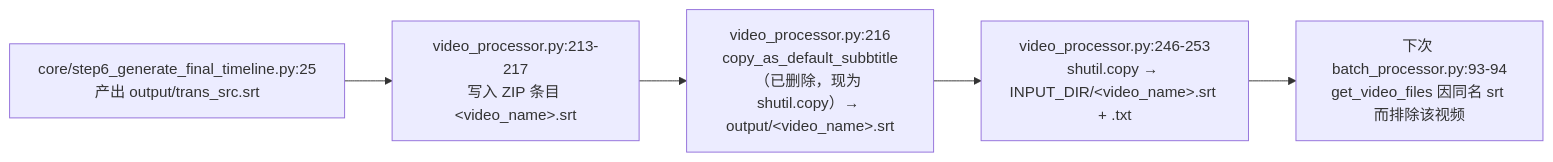
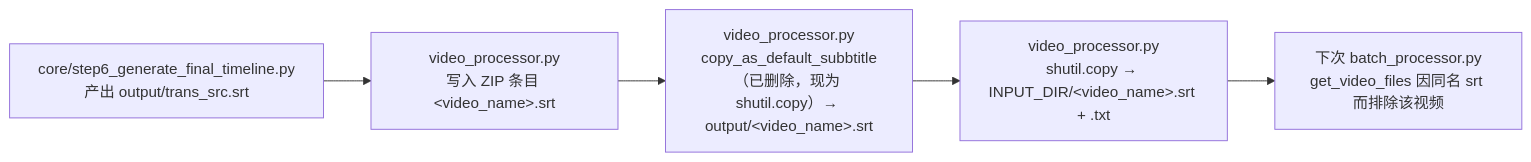
The third of 3 diagrams in devdocs/01-entrypoints/02-批量模式入口.md (Brzjomo/VideoLingoMove), drawn with Mermaid before and after one commit. The commit also changed other lines of this file and 33 other files, not shown here.

````diff
--- a/devdocs/01-entrypoints/02-批量模式入口.md
+++ b/devdocs/01-entrypoints/02-批量模式入口.md
@@ -204,7 +204,7 @@
 ```mermaid
 flowchart LR
-    S6["core/step6_generate_final_timeline.py:25<br/>产出 output/trans_src.srt"] --> SS["video_processor.py:213-217<br/>写入 ZIP 条目 &lt;video_name&gt;.srt"]
-    SS --> CD["video_processor.py:216<br/>copy_as_default_subbtitle（已删除，现为 shutil.copy）→ output/&lt;video_name&gt;.srt"]
-    CD --> CP["video_processor.py:246-253<br/>shutil.copy → INPUT_DIR/&lt;video_name&gt;.srt + .txt"]
-    CP --> GV["下次 batch_processor.py:93-94<br/>get_video_files 因同名 srt 而排除该视频"]
+ S6["core/step6_generate_final_timeline.py<br/>产出 output/trans_src.srt"] --> SS["video_processor.py<br/>写入 ZIP 条目 &lt;video_name&gt;.srt"]
+ SS --> CD["video_processor.py<br/>copy_as_default_subbtitle（已删除，现为 shutil.copy）→ output/&lt;video_name&gt;.srt"]
+ CD --> CP["video_processor.py<br/>shutil.copy → INPUT_DIR/&lt;video_name&gt;.srt + .txt"]
+ CP --> GV["下次 batch_processor.py<br/>get_video_files 因同名 srt 而排除该视频"]
 ```
````
